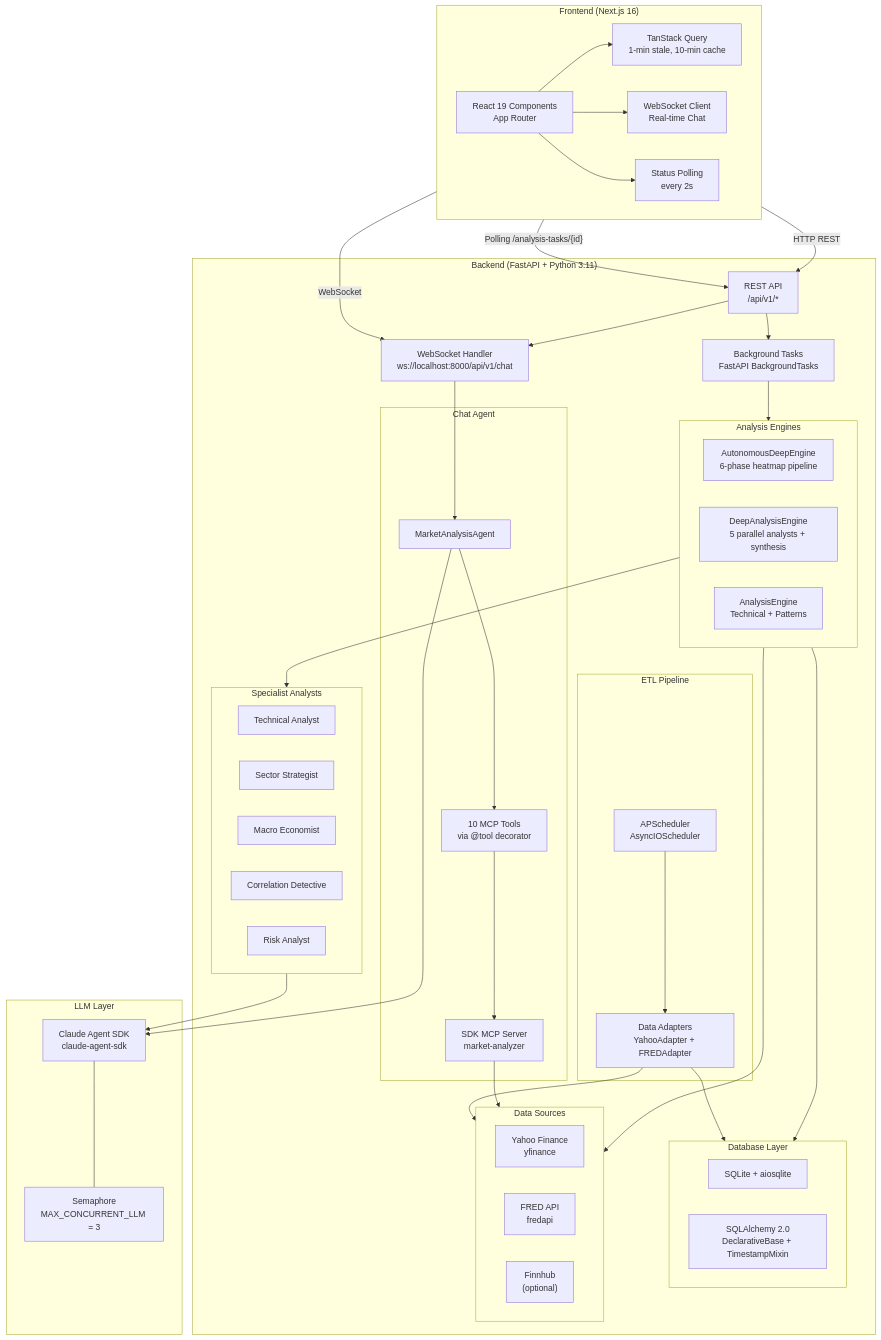
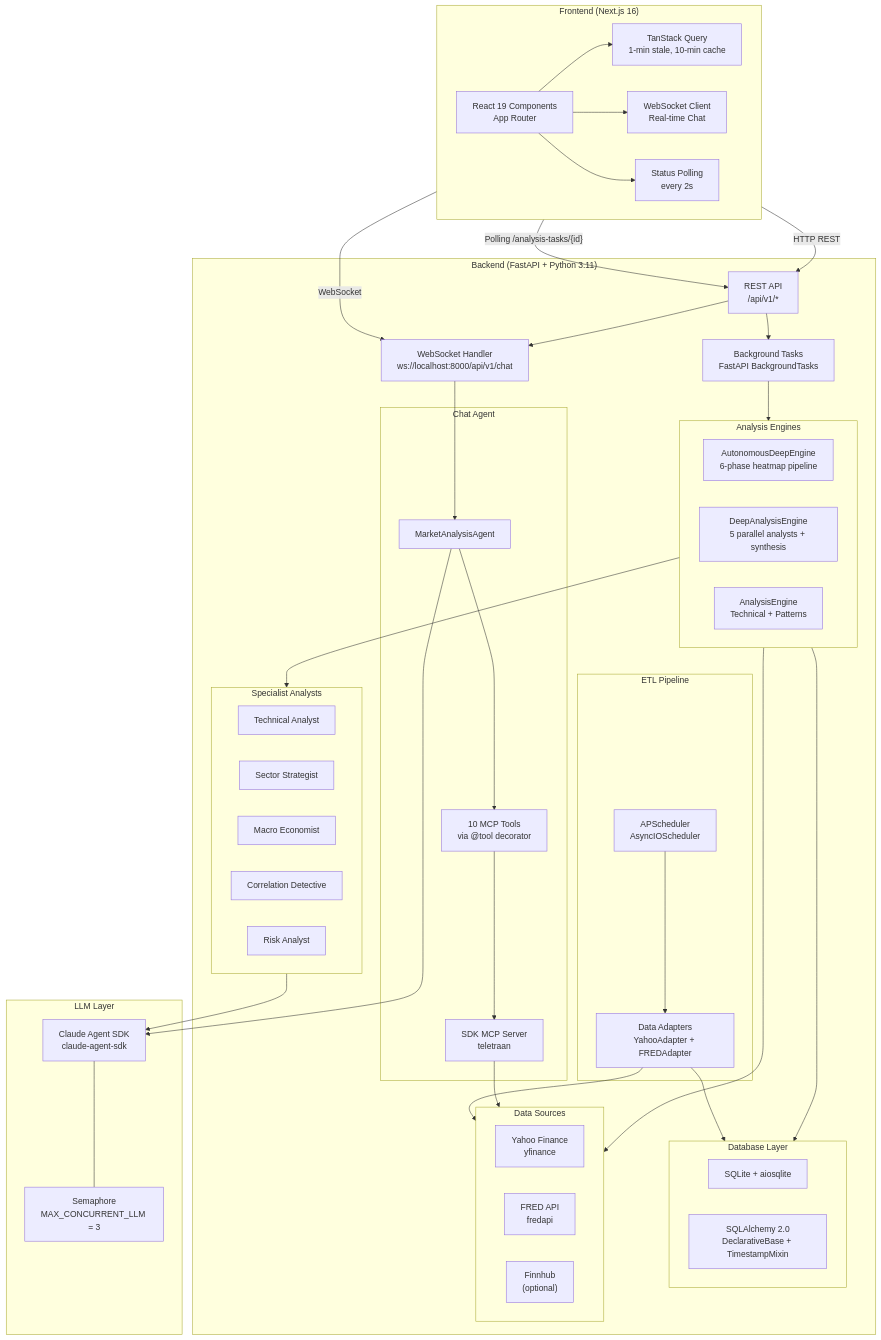
Before and after one commit to barkain/teletraan: the first of 8 diagrams in ARCHITECTURE.md, drawn with Mermaid. The commit also changed other lines of this file and 18 other files, not shown here.

Commit message:
rename: update all market-analyzer references to teletraan

````diff
--- a/ARCHITECTURE.md
+++ b/ARCHITECTURE.md
@@ -13,80 +13,80 @@
 ```mermaid
 graph TB
     subgraph Frontend["Frontend (Next.js 16)"]
         UI["React 19 Components<br/>App Router"]
         Query["TanStack Query<br/>1-min stale, 10-min cache"]
         WS["WebSocket Client<br/>Real-time Chat"]
         Poll["Status Polling<br/>every 2s"]
         UI --> Query
         UI --> WS
         UI --> Poll
     end
 
     subgraph Backend["Backend (FastAPI + Python 3.11)"]
         API["REST API<br/>/api/v1/*"]
         BGTasks["Background Tasks<br/>FastAPI BackgroundTasks"]
         ChatWS["WebSocket Handler<br/>ws://localhost:8000/api/v1/chat"]
 
         subgraph Engines["Analysis Engines"]
             AutoEngine["AutonomousDeepEngine<br/>6-phase heatmap pipeline"]
             DeepEngine["DeepAnalysisEngine<br/>5 parallel analysts + synthesis"]
             BasicEngine["AnalysisEngine<br/>Technical + Patterns"]
         end
 
         subgraph Agents["Specialist Analysts"]
             TechA["Technical Analyst"]
             SectorA["Sector Strategist"]
             MacroA["Macro Economist"]
             CorrA["Correlation Detective"]
             RiskA["Risk Analyst"]
         end
 
         subgraph ChatLayer["Chat Agent"]
             Agent["MarketAnalysisAgent"]
             MCPTools["10 MCP Tools<br/>via @tool decorator"]
-            MCPServer["SDK MCP Server<br/>market-analyzer"]
+            MCPServer["SDK MCP Server<br/>teletraan"]
         end
 
         subgraph DB["Database Layer"]
             SQLite["SQLite + aiosqlite"]
             ORM["SQLAlchemy 2.0<br/>DeclarativeBase + TimestampMixin"]
         end
 
         subgraph Data["Data Sources"]
             Yahoo["Yahoo Finance<br/>yfinance"]
             FRED["FRED API<br/>fredapi"]
             Finnhub["Finnhub<br/>(optional)"]
         end
 
         subgraph Sched["ETL Pipeline"]
             APSched["APScheduler<br/>AsyncIOScheduler"]
             Adapters["Data Adapters<br/>YahooAdapter + FREDAdapter"]
         end
 
         API --> BGTasks
         API --> ChatWS
         BGTasks --> Engines
         Engines --> Agents
         Engines --> DB
         Engines --> Data
         ChatWS --> Agent
         Agent --> MCPTools
         MCPTools --> MCPServer
         MCPServer --> Data
         APSched --> Adapters
         Adapters --> Data
         Adapters --> DB
     end
 
     subgraph LLM["LLM Layer"]
         SDK["Claude Agent SDK<br/>claude-agent-sdk"]
         Sem["Semaphore<br/>MAX_CONCURRENT_LLM = 3"]
         SDK --- Sem
     end
 
     Frontend -->|"HTTP REST"| API
     Frontend -->|"WebSocket"| ChatWS
     Frontend -->|"Polling /analysis-tasks/{id}"| API
     Agents --> SDK
     Agent --> SDK
 ```
````
